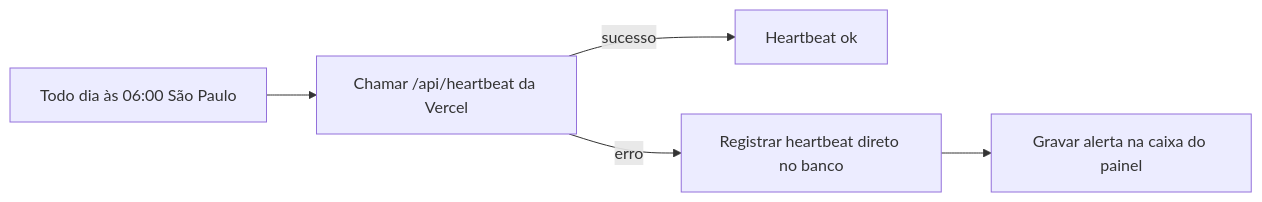
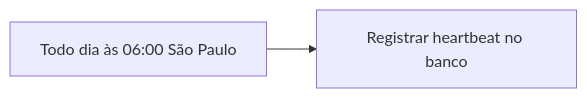
The third of 4 diagrams in submissions/daniel-fonseca/docs/n8n-flows.md (Gestao-Quatro-Ponto-Zero/ai-master-challenge), drawn with Mermaid before and after one commit. The commit also changed other lines of this file and 15 other files, not shown here.

````diff
--- a/submissions/daniel-fonseca/docs/n8n-flows.md
+++ b/submissions/daniel-fonseca/docs/n8n-flows.md
@@ -202,6 +204,4 @@
 ```mermaid
 flowchart LR
-  T[Todo dia às 06:00 São Paulo] --> H[Chamar /api/heartbeat da Vercel]
-  H -- sucesso --> FIM[Heartbeat ok]
-  H -- erro --> DB[Registrar heartbeat direto no banco] --> AL[Gravar alerta na caixa do painel]
+  T[Todo dia às 06:00 São Paulo] --> DB[Registrar heartbeat no banco]
 ```
````
